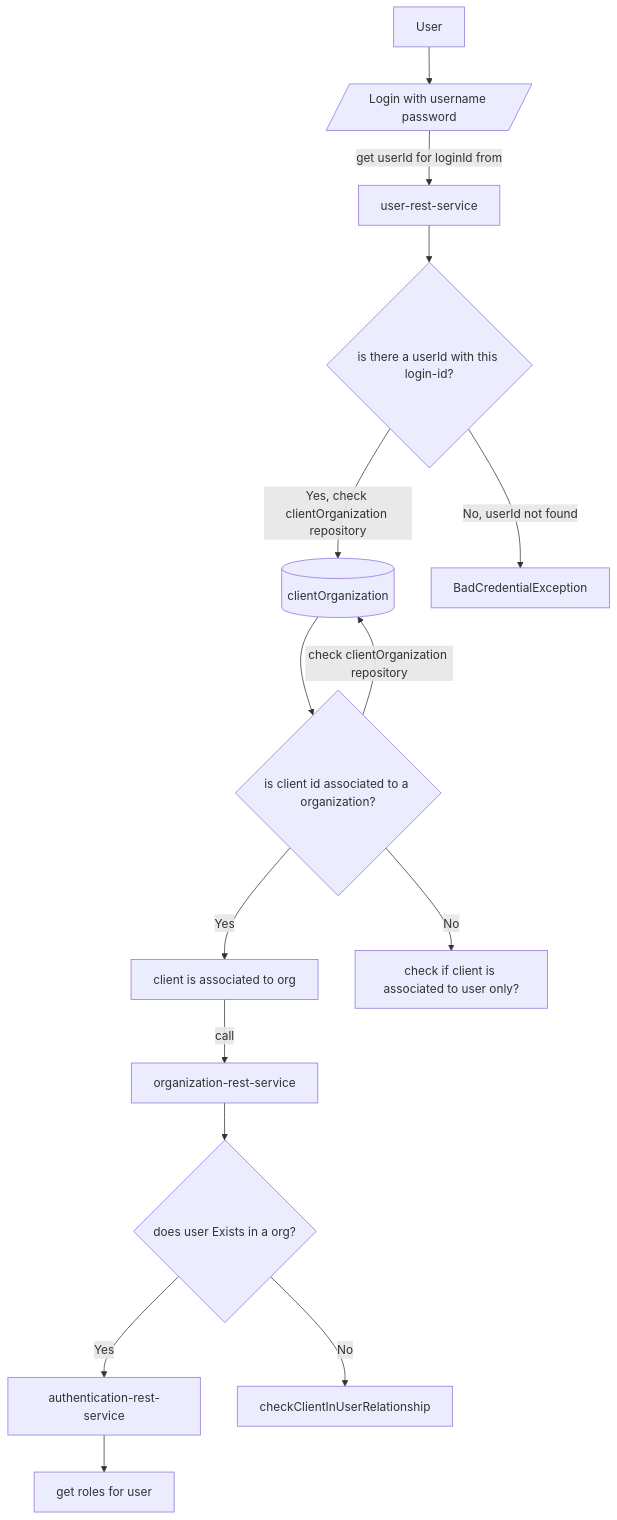
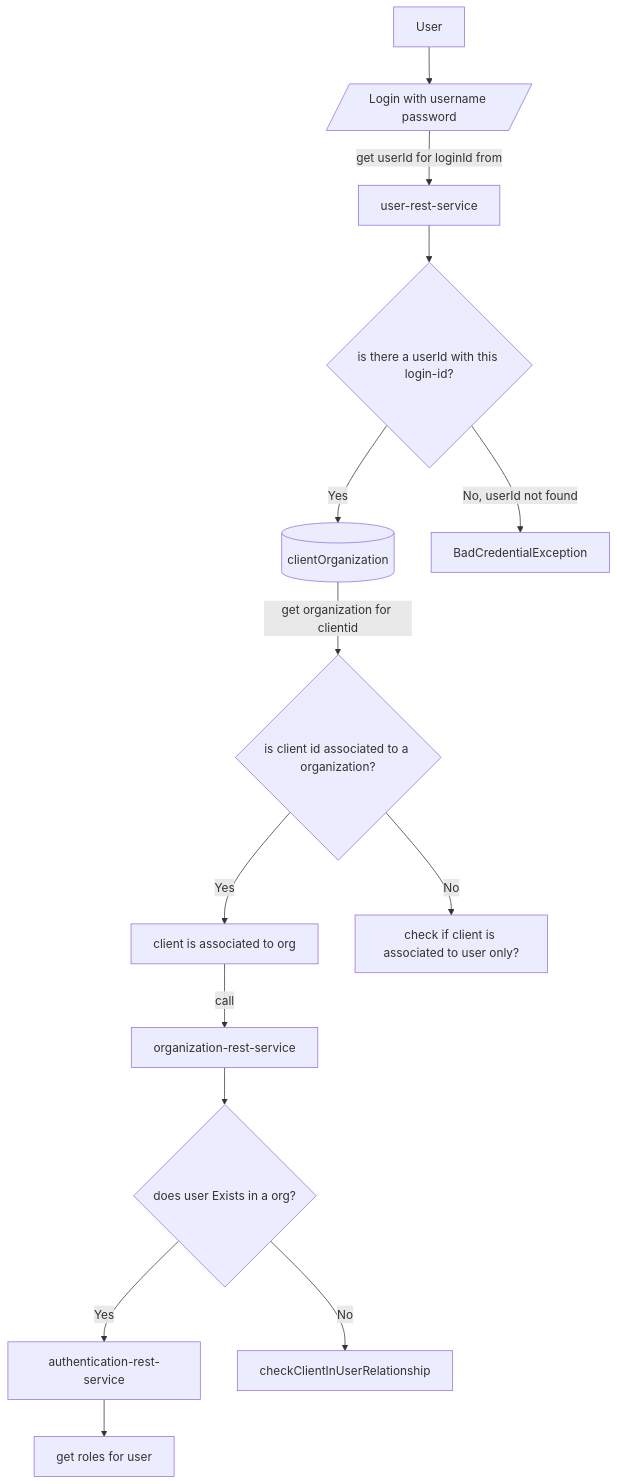
The diagram in README.md (sonamsamdupkhangsar/spring-authorization-serve), drawn with Mermaid before and after one commit.

````diff
--- a/README.md
+++ b/README.md
@@ -35,21 +35,21 @@
 ```mermaid
 flowchart TD
  User -->login[/Login with username password/]
  login --get userId for loginId from--> userRestService["user-rest-service"]
  userRestService --> getUserId{is there a userId with this login-id?}
- getUserId-->|Yes, check clientOrganization repository|clientOrganizationRepo[(clientOrganization)]
- clientOrganizationRepo -->checkClientInOrg{is client id associated to a organization?}
+ getUserId-->|Yes|clientOrganizationRepo[(clientOrganization)]
+ clientOrganizationRepo --get organization for clientid-->checkClientInOrg{is client id associated to a organization?}
  getUserId -->|No, userId not found|returnError[BadCredentialException]
- checkClientInOrg --check clientOrganization repository--> clientOrganizationRepo[(clientOrganization)]
+ 
  
  checkClientInOrg -->|Yes|clientIsInOrg[client is associated to org]
  checkClientInOrg -->|No|checkClientUserRelationship["check if client is associated to user only?"]
  clientIsInOrg --call--> orgRestService["organization-rest-service"]
  orgRestService --> checkUserExistsInOrg{does user Exists in a org?} 
  checkUserExistsInOrg -->|Yes|authenticate["authentication-rest-service"]
  
  checkUserExistsInOrg -->|No| checkClientInUserRelationship 
  
  authenticate --> getRoles[get roles for user]
  
 ```
````
